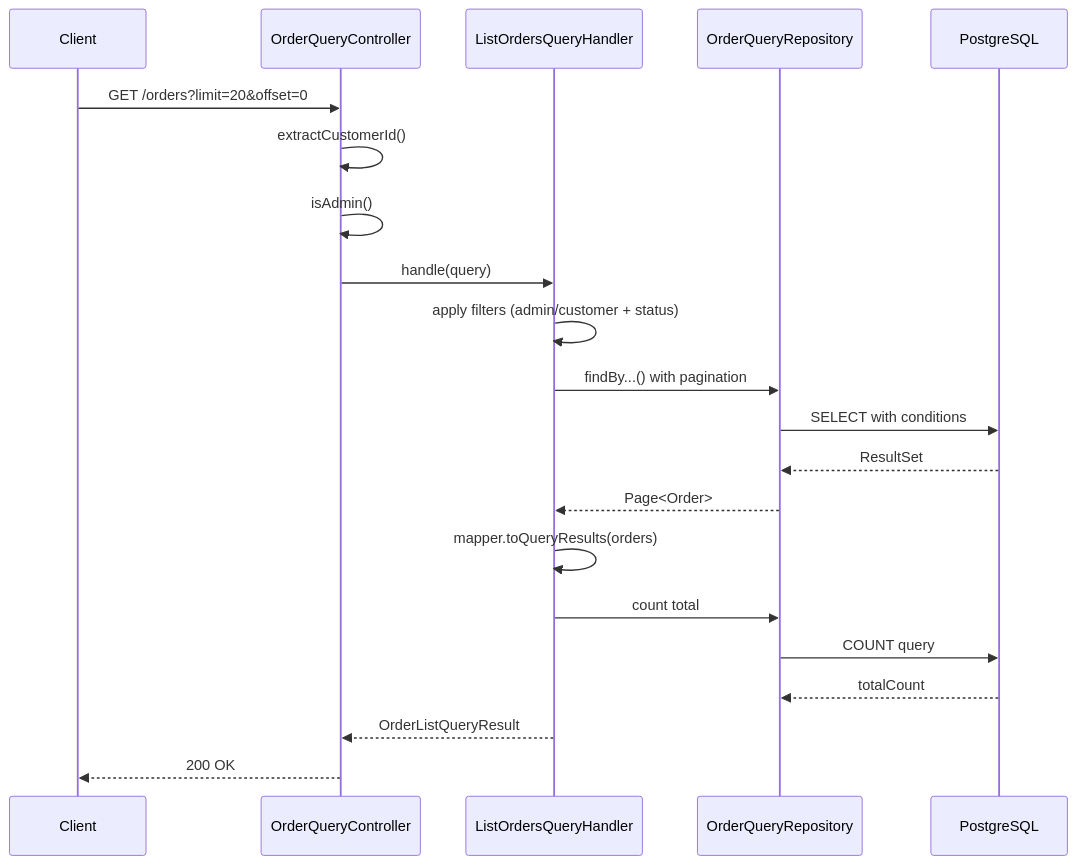
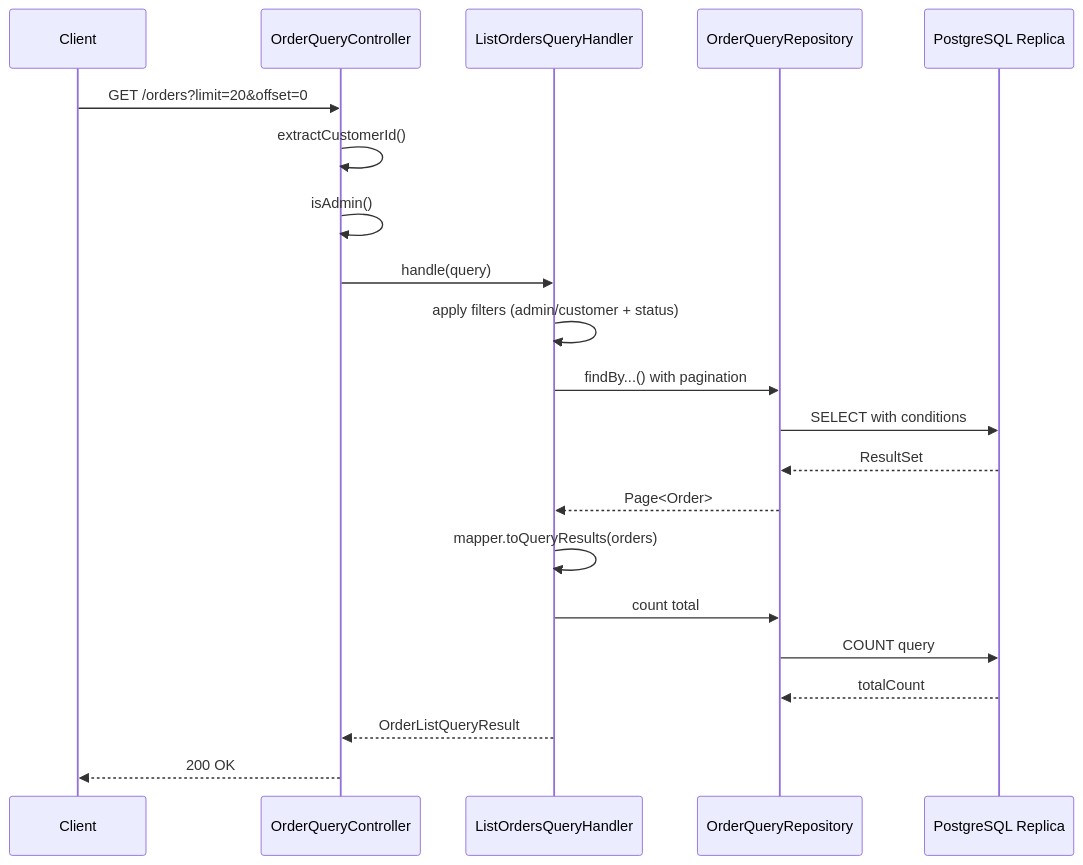
One commit to heandroro/java-spring-boot-cqrs changed the third of 6 diagrams in README.md. Above: the diagram before and after it, drawn with Mermaid. The commit also changed other lines of this file, not shown here.

Commit message:
docs(cqrs): update sequence diagrams with primary and replica

````diff
--- a/README.md
+++ b/README.md
@@ -603,24 +603,24 @@
 ```mermaid
 sequenceDiagram
     participant Client
     participant OQC as OrderQueryController
     participant LQH as ListOrdersQueryHandler
     participant OQR as OrderQueryRepository
-    participant DB as PostgreSQL
+    participant DBR as PostgreSQL Replica
 
     Client->>OQC: GET /orders?limit=20&offset=0
     OQC->>OQC: extractCustomerId()
     OQC->>OQC: isAdmin()
     OQC->>LQH: handle(query)
     LQH->>LQH: apply filters (admin/customer + status)
     LQH->>OQR: findBy...() with pagination
-    OQR->>DB: SELECT with conditions
-    DB-->>OQR: ResultSet
+    OQR->>DBR: SELECT with conditions
+    DBR-->>OQR: ResultSet
     OQR-->>LQH: Page<Order>
     LQH->>LQH: mapper.toQueryResults(orders)
     LQH->>OQR: count total
-    OQR->>DB: COUNT query
-    DB-->>OQR: totalCount
+    OQR->>DBR: COUNT query
+    DBR-->>OQR: totalCount
     LQH-->>OQC: OrderListQueryResult
     OQC-->>Client: 200 OK
 ```
````
